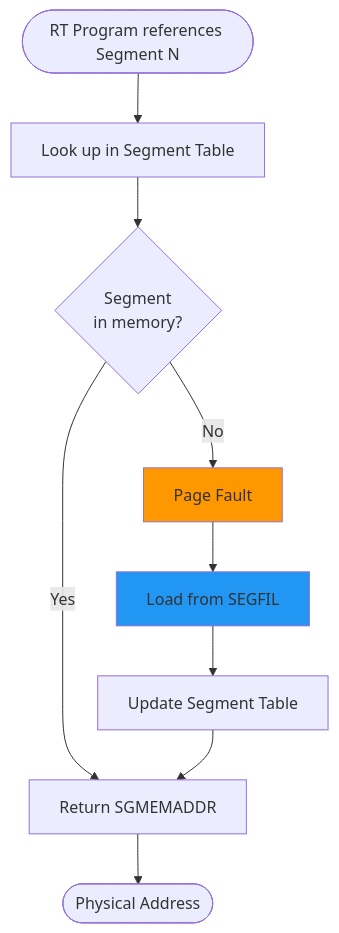
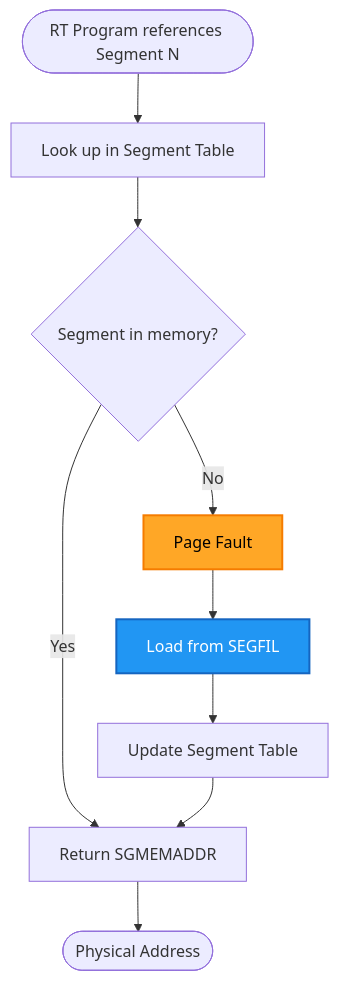
The first of 3 diagrams in SINTRAN/OS/19-MEMORY-MAP-REFERENCE.md (HackerCorpLabs/NDInsight), drawn with Mermaid before and after one commit. The commit also changed other lines of this file and 19 other files, not shown here.

Commit message:
Updated Mermaid diagrams

````diff
--- a/SINTRAN/OS/19-MEMORY-MAP-REFERENCE.md
+++ b/SINTRAN/OS/19-MEMORY-MAP-REFERENCE.md
@@ -492,17 +492,17 @@
 ```mermaid
 flowchart TD
     START([RT Program references Segment N]) --> LOOKUP[Look up in Segment Table]
-    LOOKUP --> CHECK{Segment<br/>in memory?}
-    
+    LOOKUP --> CHECK{Segment in memory?}
+
     CHECK -->|Yes| PHYSADDR[Return SGMEMADDR]
     CHECK -->|No| PAGEFAULT[Page Fault]
-    
+
     PAGEFAULT --> LOAD[Load from SEGFIL]
     LOAD --> UPDATE[Update Segment Table]
     UPDATE --> PHYSADDR
-    
+
     PHYSADDR --> END([Physical Address])
-    
-    style PAGEFAULT fill:#ff9800
-    style LOAD fill:#2196f3
+
+    style PAGEFAULT fill:#FFA726,stroke:#F57C00,stroke-width:2px,color:#000
+    style LOAD fill:#2196F3,stroke:#1565C0,stroke-width:2px,color:#fff
 ```
````
